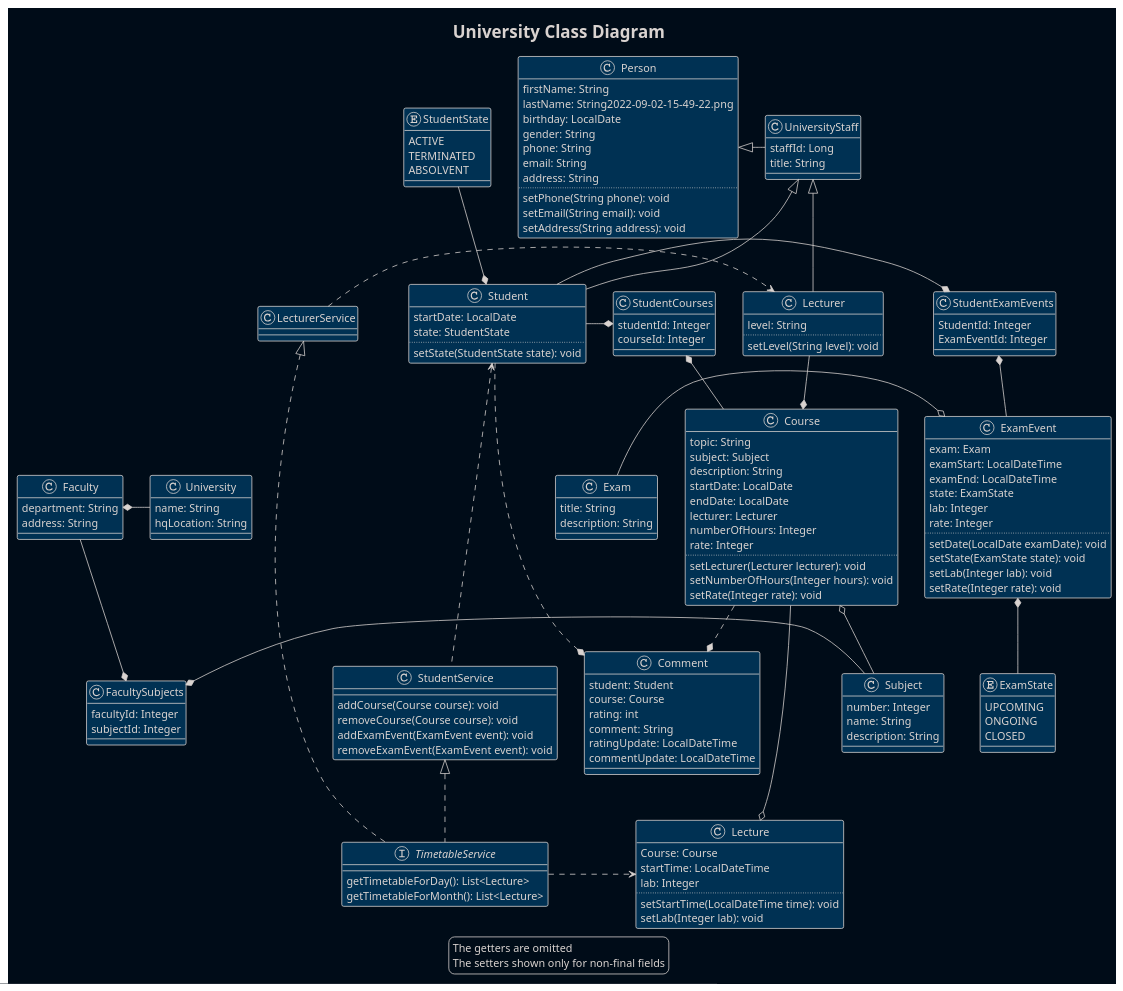
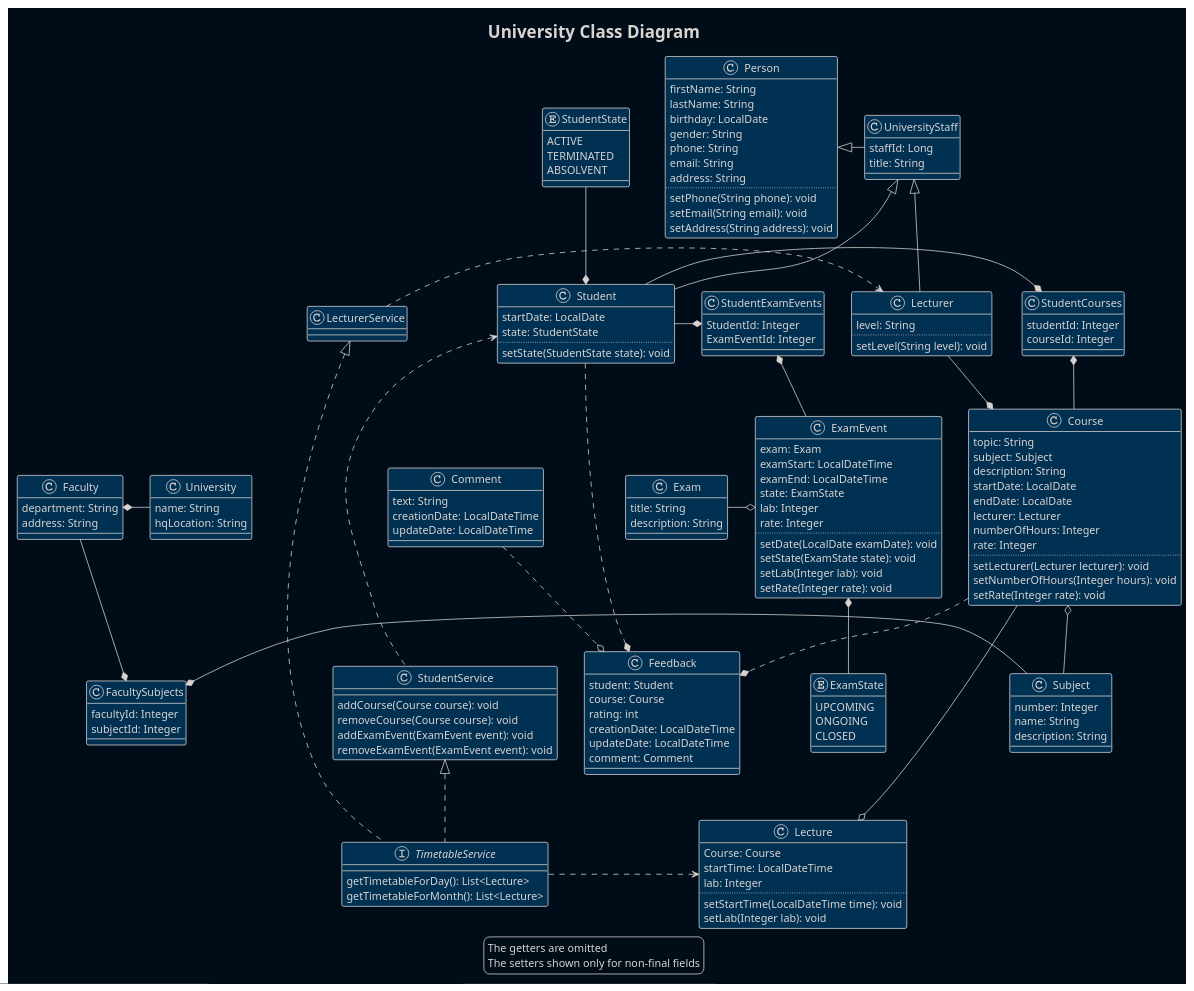
Before and after one commit to RomaEcho/University: the diagram in src/main/resources/diagrams/University.puml, drawn with PlantUML. The commit also changed 32 other files, not shown here.

```diff
--- a/src/main/resources/diagrams/University.puml
+++ b/src/main/resources/diagrams/University.puml
@@ -1,163 +1,169 @@
 @startuml
 '!theme plain
 !theme blueprint
 skinparam BackgroundColor #000c18
 'skinparam ClassBackgroundColor #000c18
 ' skinparam linetype ortho
 
 title University Class Diagram
 class Person {
     firstName: String
-    lastName: String2022-09-02-15-49-22.png
+    lastName: String
     birthday: LocalDate
     gender: String
     phone: String
     email: String
     address: String
     ..
     setPhone(String phone): void
     setEmail(String email): void
     setAddress(String address): void
 }
 class Student {
     startDate: LocalDate
     state: StudentState
     ..
     setState(StudentState state): void
 }
 enum StudentState {
     ACTIVE
     TERMINATED
     ABSOLVENT
 }
 class UniversityStaff {
     staffId: Long
     title: String
 }
 class Subject {
     number: Integer
     name: String
     description: String
 }
 
 class Course {
     topic: String
     subject: Subject
     description: String
     startDate: LocalDate
     endDate: LocalDate
     lecturer: Lecturer
     numberOfHours: Integer
     rate: Integer
     ..
     setLecturer(Lecturer lecturer): void
     setNumberOfHours(Integer hours): void
     setRate(Integer rate): void
 }
 class Lecturer {
     level: String
     ..
     setLevel(String level): void
 }
 class Exam {
     title: String
     description: String
 }
 class ExamEvent {
     exam: Exam
     examStart: LocalDateTime
     examEnd: LocalDateTime
     state: ExamState
     lab: Integer
     rate: Integer
     ..
     setDate(LocalDate examDate): void
     setState(ExamState state): void
     setLab(Integer lab): void
     setRate(Integer rate): void
 }
 enum ExamState {
     UPCOMING
     ONGOING
     CLOSED
 }
 class Faculty {
     department: String
     address: String
 }
 class University {
     name: String
     hqLocation: String
 }
 class Lecture {
     Course: Course
     startTime: LocalDateTime
     lab: Integer
     ..
     setStartTime(LocalDateTime time): void
     setLab(Integer lab): void
 }
 class StudentCourses {
     studentId: Integer
     courseId: Integer
 }
 class FacultySubjects {
     facultyId: Integer
     subjectId: Integer
 }
 class StudentExamEvents {
     StudentId: Integer    
     ExamEventId: Integer
 }
-class Comment {
+class Feedback {
     student: Student
     course: Course
     rating: int
-    comment: String
-    ratingUpdate: LocalDateTime
-    commentUpdate: LocalDateTime
+    creationDate: LocalDateTime
+    updateDate: LocalDateTime
+    comment: Comment
+}
+class Comment {
+    text: String
+    creationDate: LocalDateTime
+    updateDate: LocalDateTime
 }
 
 interface TimetableService {
     getTimetableForDay(): List<Lecture>
     getTimetableForMonth(): List<Lecture>
 }
 class StudentService {
     addCourse(Course course): void
     removeCourse(Course course): void
     addExamEvent(ExamEvent event): void
     removeExamEvent(ExamEvent event): void
 }
 class LecturerService
 
 Person <|-right- UniversityStaff
 UniversityStaff <|-- Student
 UniversityStaff <|-- Lecturer
 Student *-up- StudentState
 StudentCourses *- Student
 StudentCourses *- Course
 Course *-up- Lecturer
 StudentExamEvents *-- ExamEvent
 StudentExamEvents *- Student
 ExamEvent o-left- Exam
 ExamEvent *-down- ExamState
 Course o-- Subject
 Faculty --* FacultySubjects
 Subject -left-* FacultySubjects
 University -left* Faculty
 Student <... StudentService
-Student ..* Comment
-Course ..* Comment
+Student ..* Feedback
+Course ..* Feedback
+Comment ..o Feedback
 StudentService <|.. TimetableService
 LecturerService <|.. TimetableService
 LecturerService .> Lecturer
 TimetableService .right.> Lecture
 Course --o Lecture
 
 
 legend
     The getters are omitted
     The setters shown only for non-final fields
 endlegend
 
 @enduml
```
